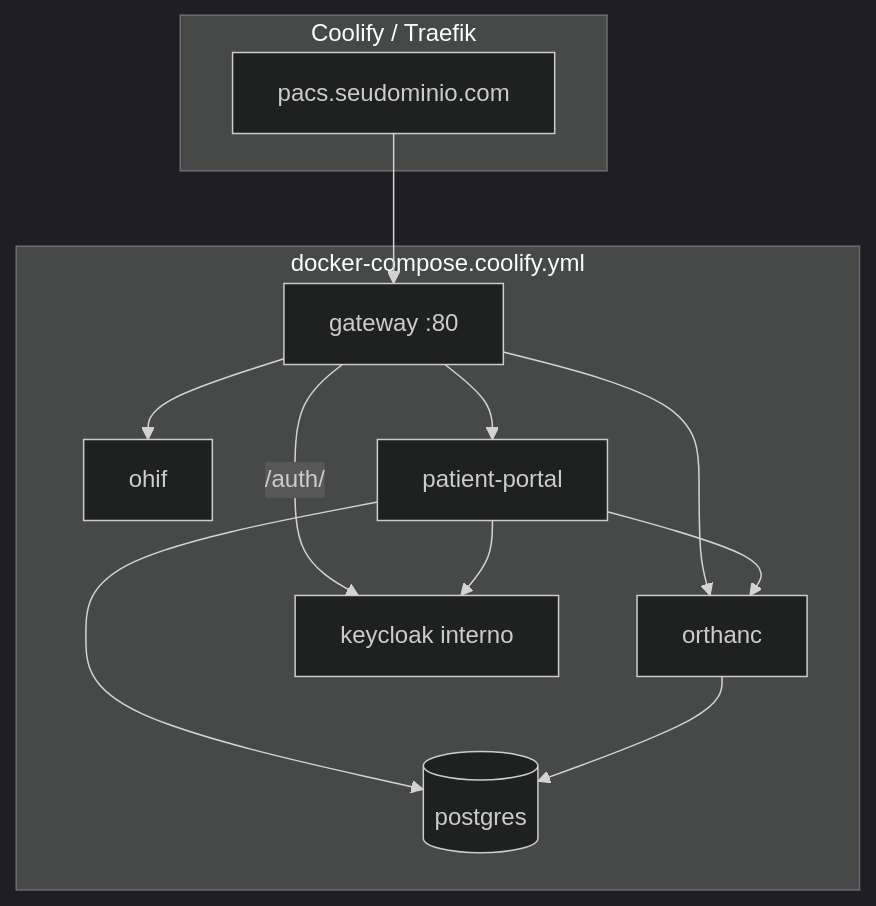
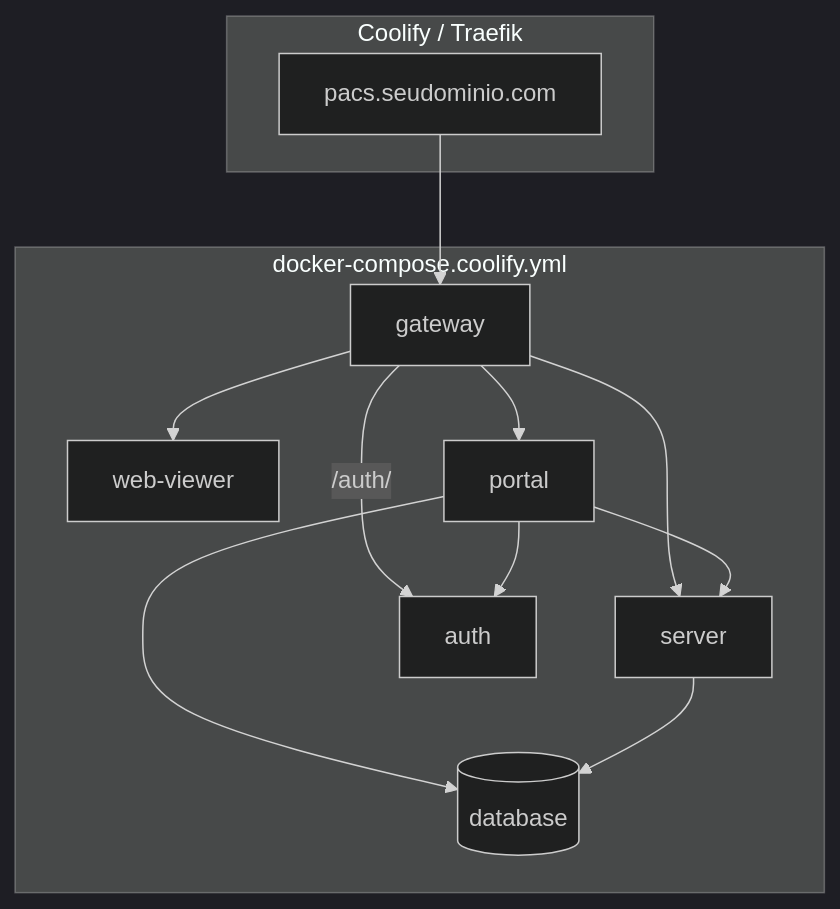
One commit to leandroborgeseng/LEXPACS changed the diagram in docs/COOLIFY.md. Above: the diagram before and after it, drawn with Mermaid (dark theme). The commit also changed other lines of this file and 23 other files, not shown here.

````diff
--- a/docs/COOLIFY.md
+++ b/docs/COOLIFY.md
@@ -11,23 +11,23 @@
 ```mermaid
 flowchart TB
   subgraph coolify [Coolify / Traefik]
     DOM[pacs.seudominio.com]
   end
   subgraph stack [docker-compose.coolify.yml]
-    GW[gateway :80]
-    OHIF[ohif]
-    PORTAL[patient-portal]
-    ORTH[orthanc]
-    PG[(postgres)]
-    KC[keycloak interno]
+    GW[gateway]
+    VIEWER[web-viewer]
+    PORTAL[portal]
+    SRV[server]
+    DB[(database)]
+    AUTH[auth]
   end
   DOM --> GW
-  GW -->|"/auth/"| KC
-  GW --> OHIF
+  GW -->|"/auth/"| AUTH
+  GW --> VIEWER
   GW --> PORTAL
-  GW --> ORTH
-  PORTAL --> ORTH
-  PORTAL --> PG
-  ORTH --> PG
-  PORTAL --> KC
+  GW --> SRV
+  PORTAL --> SRV
+  PORTAL --> DB
+  SRV --> DB
+  PORTAL --> AUTH
 ```
````
